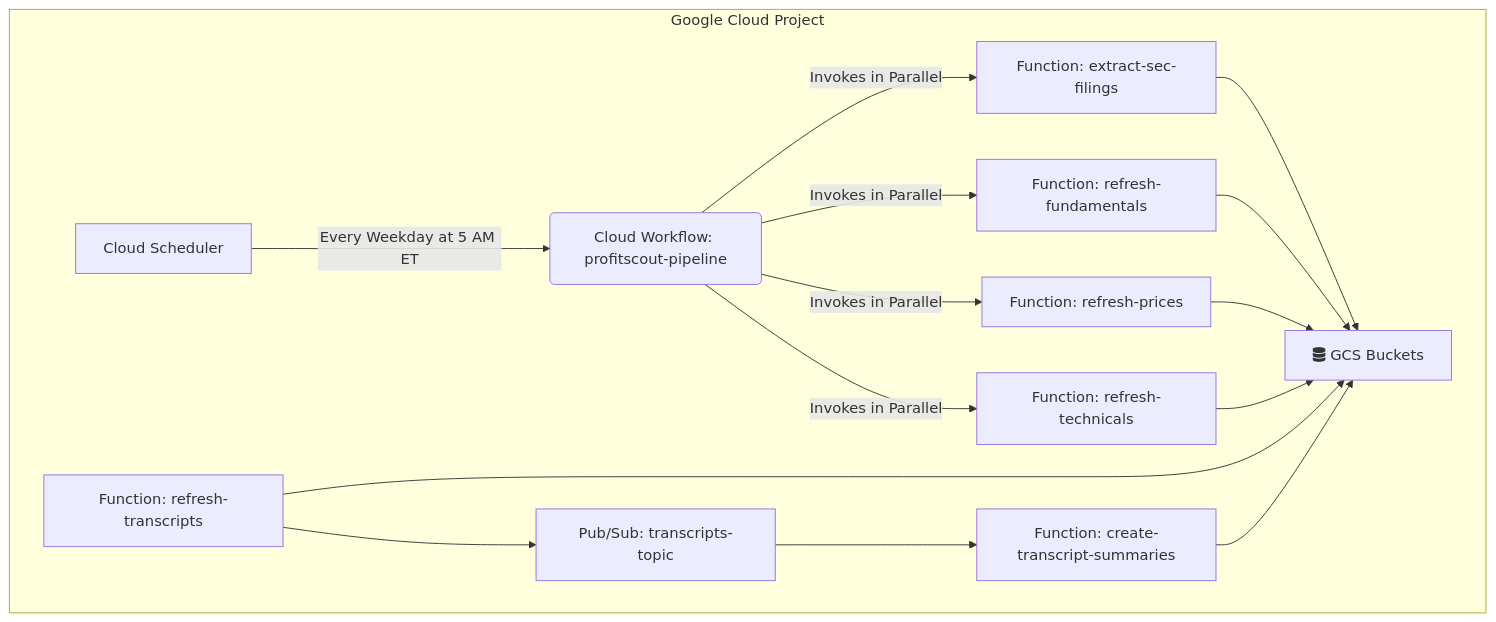
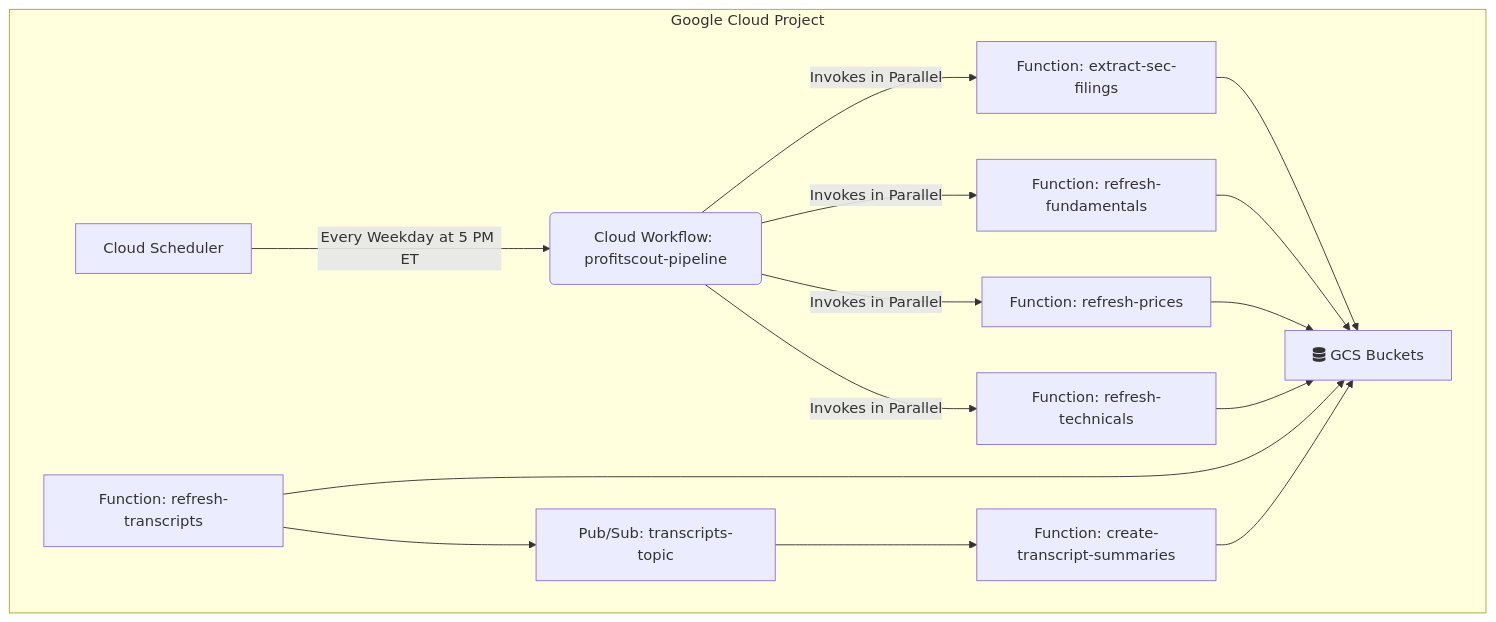
Before and after one commit to DevDizzle/profitscout-engine: the diagram in README.md, drawn with Mermaid.

````diff
--- a/README.md
+++ b/README.md
@@ -25,21 +25,21 @@
 ```mermaid
 graph TD
     subgraph "Google Cloud Project"
-        A[Cloud Scheduler] -->|Every Weekday at 5 AM ET| B(Cloud Workflow: profitscout-pipeline);
+        A[Cloud Scheduler] -->|Every Weekday at 5 PM ET| B(Cloud Workflow: profitscout-pipeline);
 
         B -->|Invokes in Parallel| C1[Function: extract-sec-filings];
         B -->|Invokes in Parallel| C2[Function: refresh-fundamentals];
         B -->|Invokes in Parallel| C3[Function: refresh-prices];
         B -->|Invokes in Parallel| C4[Function: refresh-technicals];
 
         C1 --> E[(Cloud Storage)];
         C2 --> E;
         C3 --> E;
         C4 --> E;
 
         F[Pub/Sub: transcripts-topic] --> G[Function: create-transcript-summaries];
         D[Function: refresh-transcripts] --> F;
         D --> E;
         G --> E[fa:fa-database GCS Buckets];
     end
 ```
````
